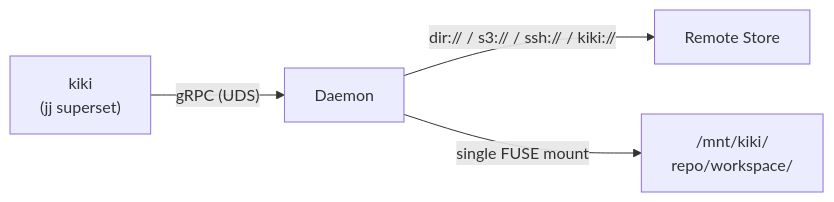
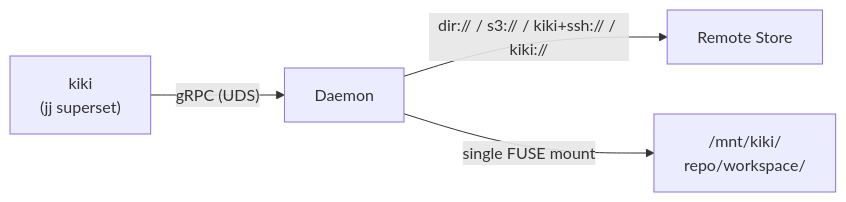
One commit to ahimsalabs/kiki changed the diagram in docs/USER_GUIDE.md. Above: the diagram before and after it, drawn with Mermaid. The commit also changed other lines of this file and 15 other files, not shown here.

````diff
--- a/docs/USER_GUIDE.md
+++ b/docs/USER_GUIDE.md
@@ -13,6 +13,6 @@
 ```mermaid
 graph LR
     CLI["kiki<br/>(jj superset)"] -- "gRPC (UDS)" --> Daemon
-    Daemon -- "dir:// / s3:// / ssh:// / kiki://" --> Remote["Remote Store"]
+    Daemon -- "dir:// / s3:// / kiki+ssh:// / kiki://" --> Remote["Remote Store"]
     Daemon -- "single FUSE mount" --> VFS["/mnt/kiki/<br/>repo/workspace/"]
 ```
````
